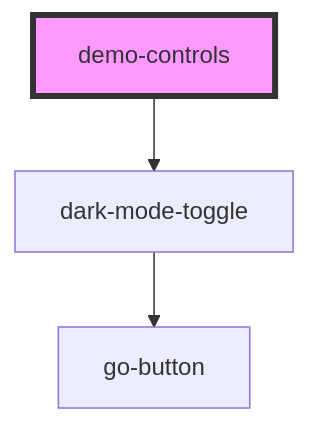
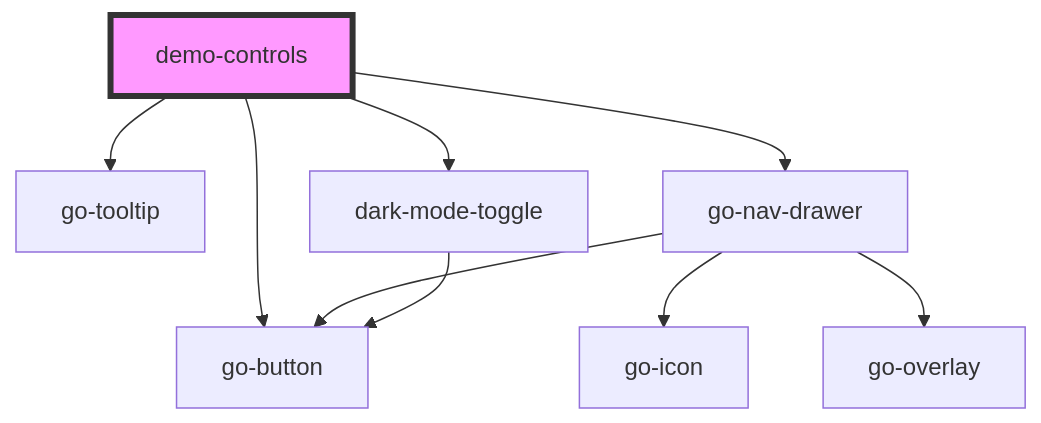
Before and after one commit to getgoui/go-utils: the diagram in src/components/demo-components/demo-controls/readme.md, drawn with Mermaid. The commit also changed other lines of this file, not shown here.

Commit message:
Pre deploy cleanup

````diff
--- a/src/components/demo-components/demo-controls/readme.md
+++ b/src/components/demo-components/demo-controls/readme.md
@@ -15,6 +18,12 @@
 ```mermaid
 graph TD;
+  demo-controls --> go-button
+  demo-controls --> go-tooltip
+  demo-controls --> go-nav-drawer
   demo-controls --> dark-mode-toggle
+  go-nav-drawer --> go-button
+  go-nav-drawer --> go-icon
+  go-nav-drawer --> go-overlay
   dark-mode-toggle --> go-button
   style demo-controls fill:#f9f,stroke:#333,stroke-width:4px
 ```
````
